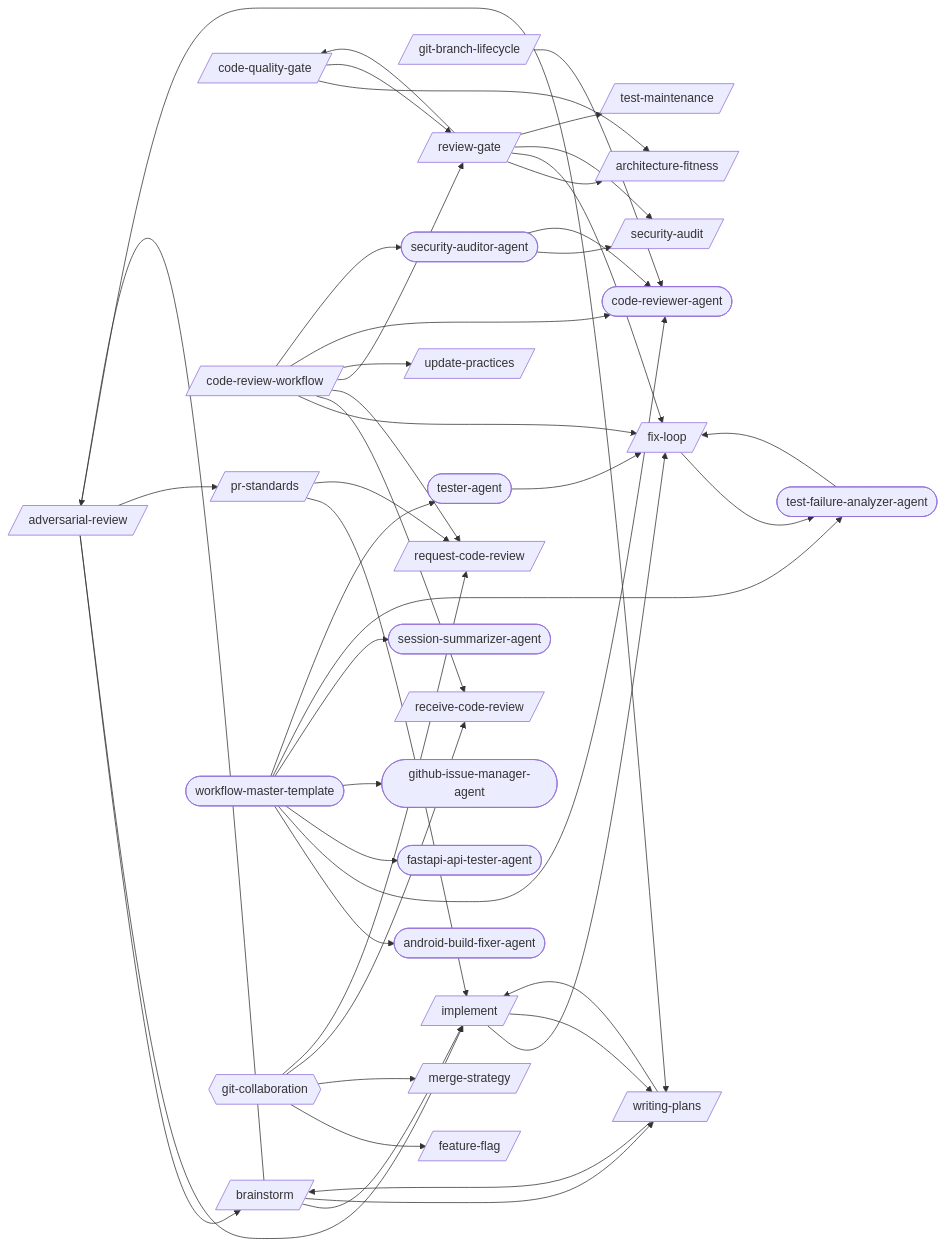
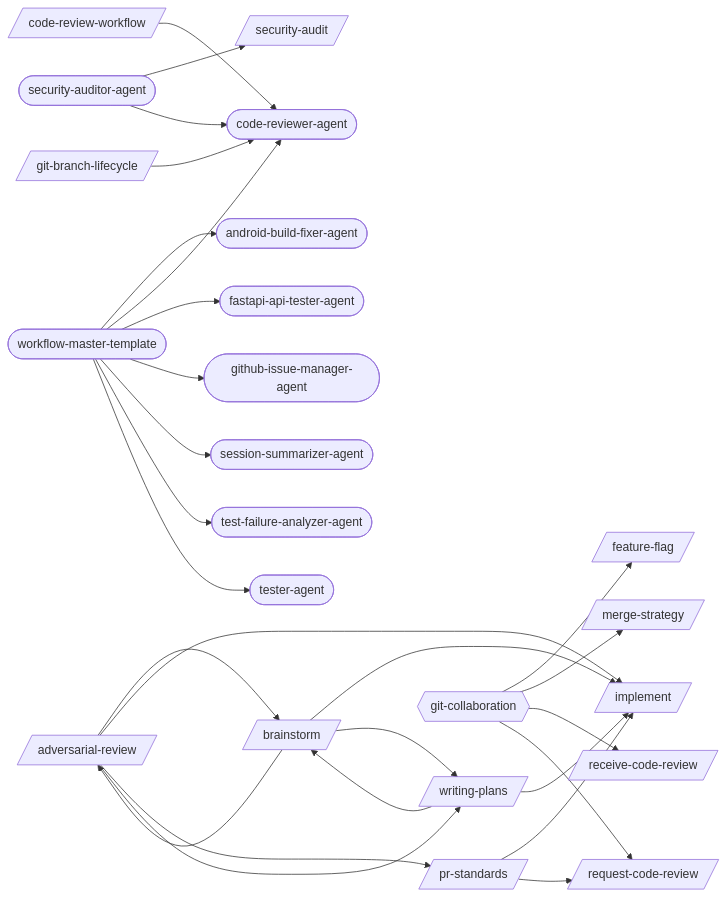
The first of 13 diagrams in docs/workflows/code-review.md (abhayla/claude-best-practices), drawn with Mermaid before and after one commit. The commit also changed other lines of this file and 64 other files, not shown here.

````diff
--- a/docs/workflows/code-review.md
+++ b/docs/workflows/code-review.md
@@ -9,75 +9,51 @@
 ```mermaid
 graph LR
     adversarial_review[/adversarial-review/]
-    architecture_fitness[/architecture-fitness/]
     brainstorm[/brainstorm/]
-    code_quality_gate[/code-quality-gate/]
     code_review_workflow[/code-review-workflow/]
     feature_flag[/feature-flag/]
-    fix_loop[/fix-loop/]
     git_branch_lifecycle[/git-branch-lifecycle/]
     implement[/implement/]
     merge_strategy[/merge-strategy/]
     pr_standards[/pr-standards/]
     receive_code_review[/receive-code-review/]
     request_code_review[/request-code-review/]
-    review_gate[/review-gate/]
     security_audit[/security-audit/]
-    test_maintenance[/test-maintenance/]
-    update_practices[/update-practices/]
     writing_plans[/writing-plans/]
     android_build_fixer_agent([android-build-fixer-agent])
     code_reviewer_agent([code-reviewer-agent])
     fastapi_api_tester_agent([fastapi-api-tester-agent])
     github_issue_manager_agent([github-issue-manager-agent])
     security_auditor_agent([security-auditor-agent])
     session_summarizer_agent([session-summarizer-agent])
     test_failure_analyzer_agent([test-failure-analyzer-agent])
     tester_agent([tester-agent])
     workflow_master_template([workflow-master-template])
     git_collaboration{{git-collaboration}}
     adversarial_review --> brainstorm
     adversarial_review --> implement
     adversarial_review --> pr_standards
     adversarial_review --> writing_plans
     brainstorm --> adversarial_review
     brainstorm --> implement
     brainstorm --> writing_plans
-    code_quality_gate --> architecture_fitness
-    code_quality_gate --> review_gate
-    code_review_workflow --> fix_loop
-    code_review_workflow --> receive_code_review
-    code_review_workflow --> request_code_review
-    code_review_workflow --> review_gate
-    code_review_workflow --> update_practices
     code_review_workflow --> code_reviewer_agent
-    code_review_workflow --> security_auditor_agent
-    fix_loop --> test_failure_analyzer_agent
     git_branch_lifecycle --> code_reviewer_agent
-    implement --> fix_loop
-    implement --> writing_plans
     pr_standards --> implement
     pr_standards --> request_code_review
-    review_gate --> architecture_fitness
-    review_gate --> code_quality_gate
-    review_gate --> fix_loop
-    review_gate --> security_audit
-    review_gate --> test_maintenance
     writing_plans --> brainstorm
     writing_plans --> implement
     security_auditor_agent --> security_audit
     security_auditor_agent --> code_reviewer_agent
-    test_failure_analyzer_agent --> fix_loop
-    tester_agent --> fix_loop
     workflow_master_template --> android_build_fixer_agent
     workflow_master_template --> code_reviewer_agent
     workflow_master_template --> fastapi_api_tester_agent
     workflow_master_template --> github_issue_manager_agent
     workflow_master_template --> session_summarizer_agent
     workflow_master_template --> test_failure_analyzer_agent
     workflow_master_template --> tester_agent
     git_collaboration --> feature_flag
     git_collaboration --> merge_strategy
     git_collaboration --> receive_code_review
     git_collaboration --> request_code_review
 ```
````
